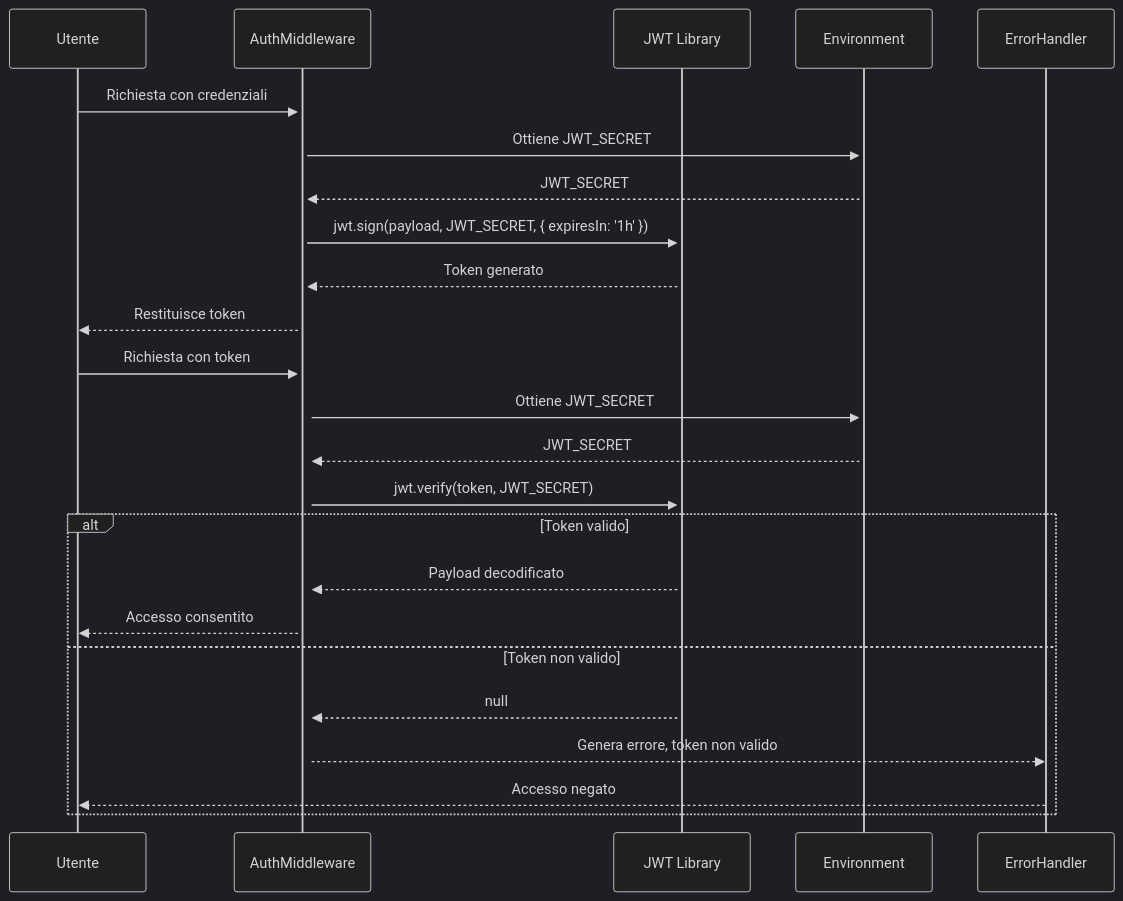
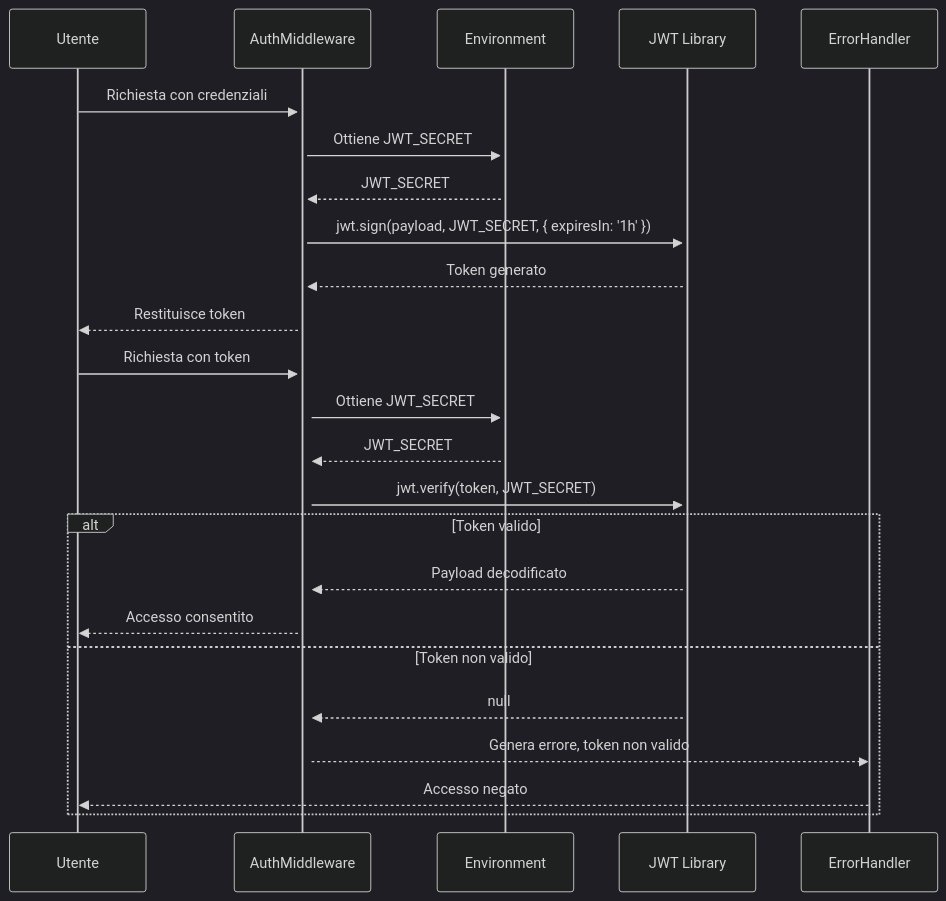
The fourth of 12 diagrams in README.md (Arianna6400/Adv_Prog), drawn with Mermaid (dark theme) before and after one commit. The commit also changed other lines of this file, not shown here.

````diff
--- a/README.md
+++ b/README.md
@@ -234,28 +234,28 @@
 ```mermaid
 sequenceDiagram
     participant U as Utente
     participant Auth as AuthMiddleware
+    participant ENV as Environment
     participant JWT as JWT Library
-    participant ENV as Environment
     participant Err as ErrorHandler
  
     U->>+Auth: Richiesta con credenziali
     Auth->>+ENV: Ottiene JWT_SECRET
     ENV-->>Auth: JWT_SECRET
     Auth->>+JWT: jwt.sign(payload, JWT_SECRET, { expiresIn: '1h' })
     JWT-->>Auth: Token generato
     Auth-->>U: Restituisce token
  
     U->>+Auth: Richiesta con token
     Auth->>+ENV: Ottiene JWT_SECRET
     ENV-->>Auth: JWT_SECRET
     Auth->>+JWT: jwt.verify(token, JWT_SECRET)
     alt Token valido
         JWT-->>Auth: Payload decodificato
         Auth-->>U: Accesso consentito
     else Token non valido
         JWT-->>Auth: null
         Auth-->>Err: Genera errore, token non valido
         Err-->>U: Accesso negato
     end
 ```
````
